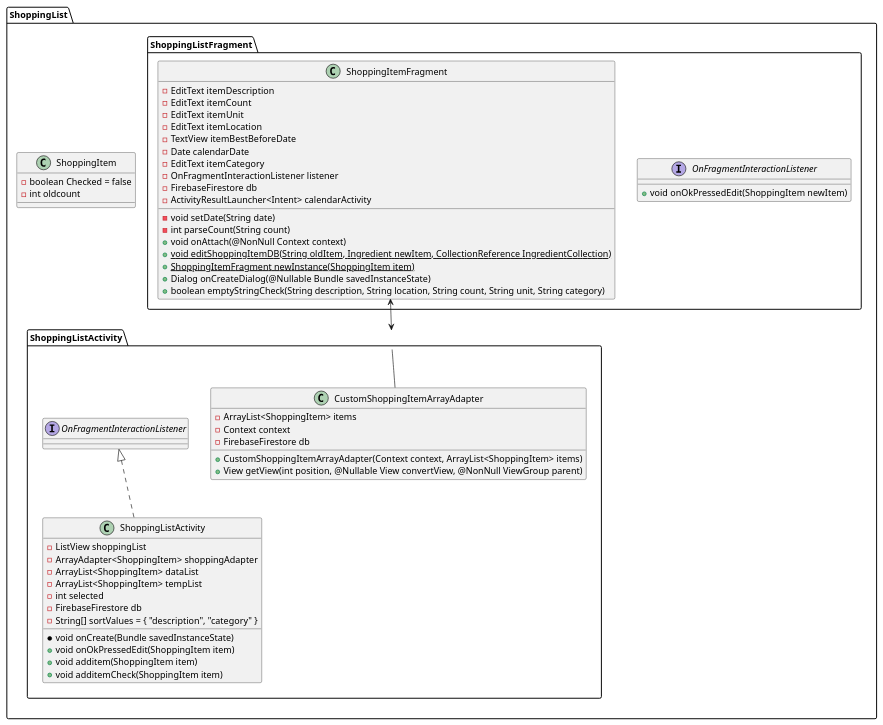
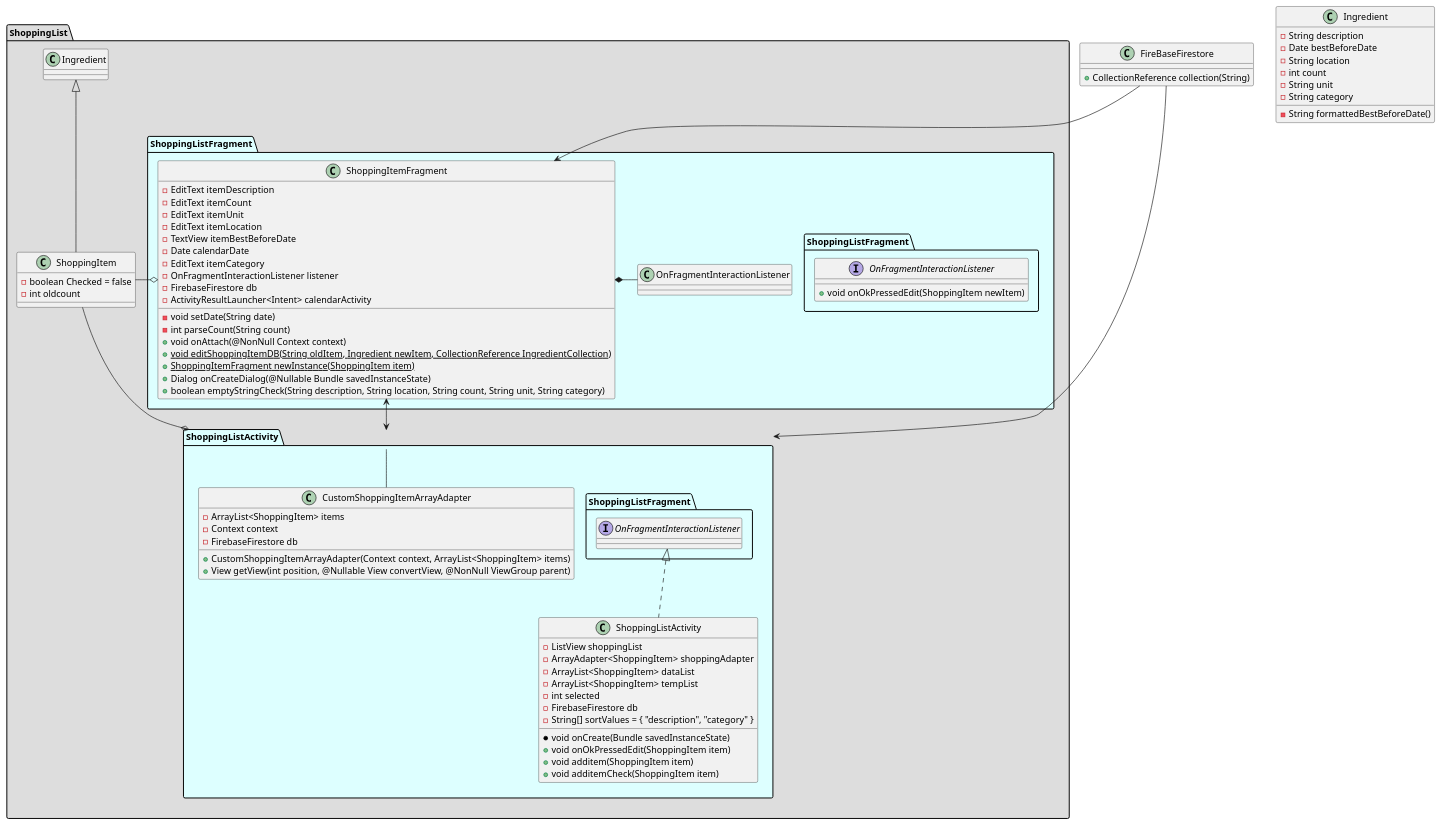
One commit to CMPUT301F22T31/FoodCart changed the diagram in doc/source/ShoppingUML.puml. Above: the diagram before and after it, drawn with PlantUML. The commit also changed 4 other files, not shown here.

Commit message:
UML done, only needs comments

```diff
--- a/doc/source/ShoppingUML.puml
+++ b/doc/source/ShoppingUML.puml
@@ -1,71 +1,92 @@
 @startuml
 'https://plantuml.com/class-diagram
+class FireBaseFirestore
+{
+    +CollectionReference collection(String)
+}
+class Ingredient
+{
+    -String description
+    -Date bestBeforeDate
+    -String location
+    -int count
+    -String unit
+    -String category
 
-package ShoppingList
+    -String formattedBestBeforeDate()
+}
+
+package ShoppingList #DDD
 {
-    class ShoppingItem
+    class ShoppingItem extends Ingredient
     {
         -boolean Checked = false
         -int oldcount
     }
-    package ShoppingListFragment
+    package ShoppingListFragment #DFF
     {
-        interface OnFragmentInteractionListener
+        interface ShoppingListFragment.OnFragmentInteractionListener
         {
             +void onOkPressedEdit(ShoppingItem newItem)
         }
         class ShoppingItemFragment
         {
             -EditText itemDescription
             -EditText itemCount
             -EditText itemUnit
             -EditText itemLocation
             -TextView itemBestBeforeDate
             -Date calendarDate
             -EditText itemCategory
             -OnFragmentInteractionListener listener
             -FirebaseFirestore db
             -ActivityResultLauncher<Intent> calendarActivity
 
             -void setDate(String date)
             -int parseCount(String count)
             +void onAttach(@NonNull Context context)
             +{static}void editShoppingItemDB(String oldItem, Ingredient newItem, CollectionReference IngredientCollection)
             +{static} ShoppingItemFragment newInstance(ShoppingItem item)
             +Dialog onCreateDialog(@Nullable Bundle savedInstanceState)
             +boolean emptyStringCheck(String description, String location, String count, String unit, String category)
 
         }
     }
-    package ShoppingListActivity
+    package ShoppingListActivity #DFF
     {
         class CustomShoppingItemArrayAdapter
         {
             -ArrayList<ShoppingItem> items
             -Context context
             -FirebaseFirestore db
 
             +CustomShoppingItemArrayAdapter(Context context, ArrayList<ShoppingItem> items)
             +View getView(int position, @Nullable View convertView, @NonNull ViewGroup parent)
         }
-        class ShoppingListActivity implements OnFragmentInteractionListener
+        class ShoppingListActivity implements ShoppingListFragment.OnFragmentInteractionListener
         {
                 -ListView shoppingList
                 -ArrayAdapter<ShoppingItem> shoppingAdapter
                 -ArrayList<ShoppingItem> dataList
                 -ArrayList<ShoppingItem> tempList
                 -int selected
                 -FirebaseFirestore db
                 -String[] sortValues = { "description", "category" }
 
                 *void onCreate(Bundle savedInstanceState)
                 +void onOkPressedEdit(ShoppingItem item)
                 +void additem(ShoppingItem item)
                 +void additemCheck(ShoppingItem item)
         }
     }
     ShoppingListActivity -- CustomShoppingItemArrayAdapter
     ShoppingItemFragment <--> ShoppingListActivity
+
+    ShoppingItemFragment *- ShoppingListFragment.OnFragmentInteractionListener
+    ShoppingItem -o ShoppingItemFragment
+    ShoppingItem -o ShoppingListActivity
+
+    FireBaseFirestore --> ShoppingListActivity
+    FireBaseFirestore --> ShoppingItemFragment
 }
-
 @enduml
```
